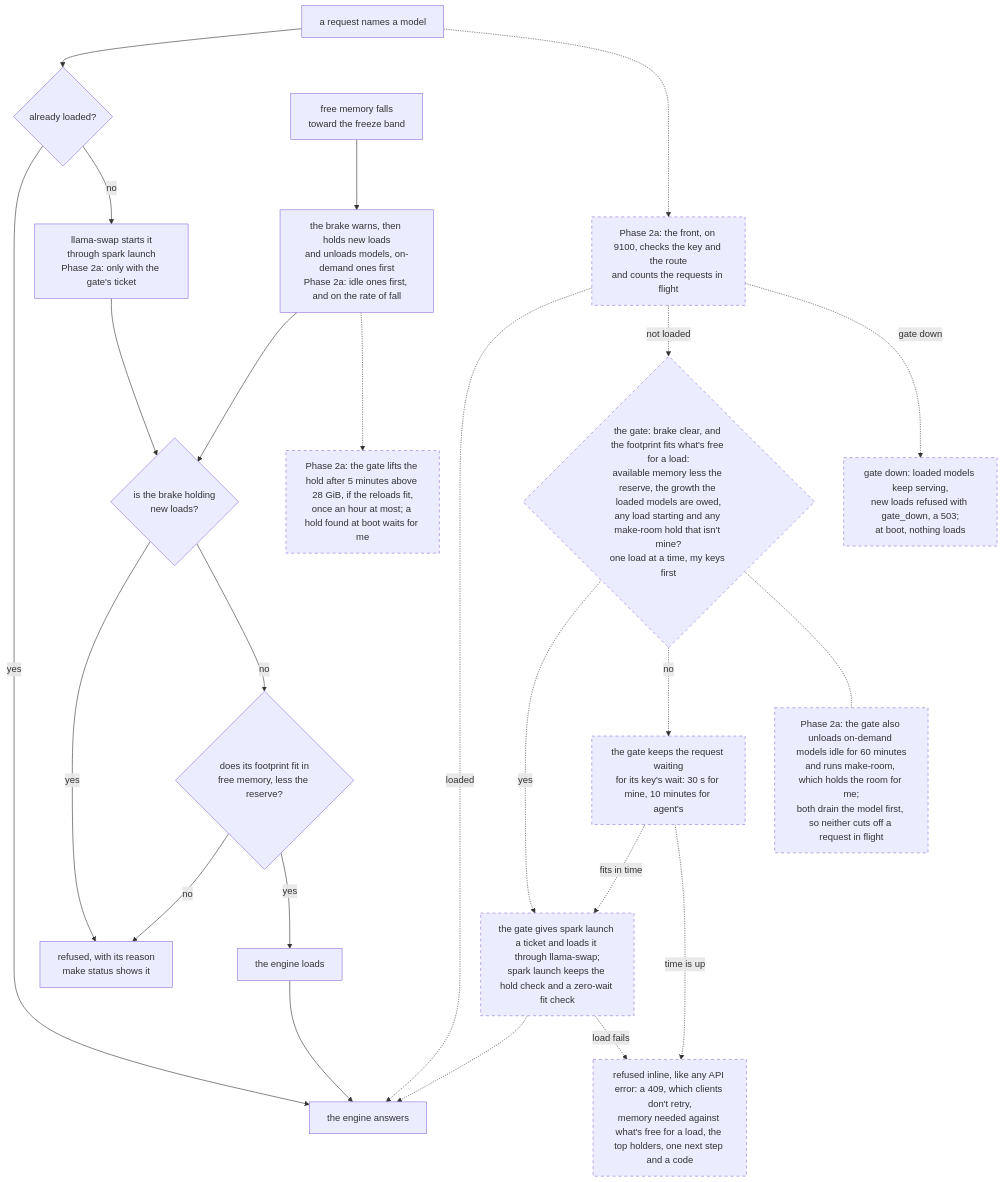
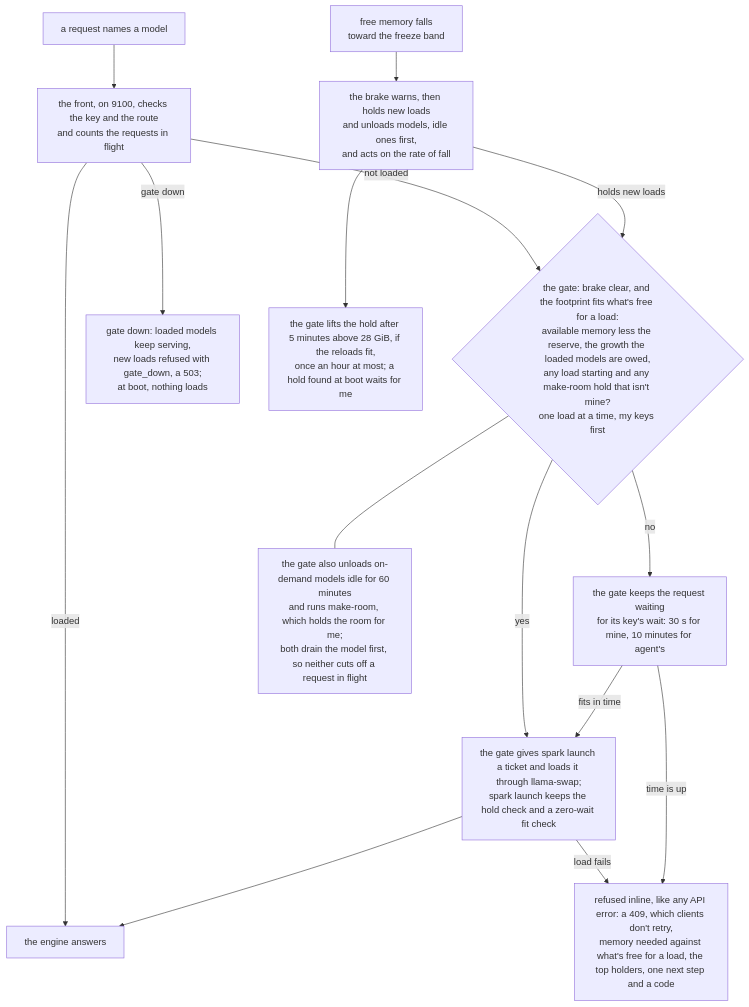
One commit to chendaniely/local-ai changed the third of 4 diagrams in website/architecture.qmd. Above: the diagram before and after it, drawn with Mermaid. The commit also changed other lines of this file and 18 other files, not shown here.

Commit message:
docs(machine): 🤖 the front, the gate and llama-swap on 900 are serving

````diff
--- a/website/architecture.qmd
+++ b/website/architecture.qmd
@@ -207,37 +210,19 @@
 ```{mermaid}
 flowchart TD
   classDef planned stroke-dasharray: 5 5
 
-  req["a request names a model"] --> loaded{"already loaded?"}
-  loaded -- yes --> answer["the engine answers"]
-  loaded -- no --> launch["llama-swap starts it<br/>through spark launch<br/>Phase 2a: only with the gate's ticket"]
-  launch --> held{"is the brake holding<br/>new loads?"}
-  held -- yes --> refuse["refused, with its reason<br/>make status shows it"]
-  held -- no --> fits{"does its footprint fit in<br/>free memory, less the reserve?"}
-  fits -- no --> refuse
-  fits -- yes --> load["the engine loads"] --> answer
-  low["free memory falls<br/>toward the freeze band"] --> brake["the brake warns, then holds new loads<br/>and unloads models, on-demand ones first<br/>Phase 2a: idle ones first, and on the rate of fall"]
-  brake --> held
-
-  front["Phase 2a: the front, on 9100, checks the key and the route<br/>and counts the requests in flight"]:::planned
-  gdown["gate down: loaded models keep serving,<br/>new loads refused with gate_down, a 503;<br/>at boot, nothing loads"]:::planned
-  ask{"the gate: brake clear, and the footprint fits what's free for a load:<br/>available memory less the reserve, the growth the loaded models are owed,<br/>any load starting and any make-room hold that isn't mine?<br/>one load at a time, my keys first"}:::planned
-  gload["the gate gives spark launch a ticket and loads it through llama-swap;<br/>spark launch keeps the hold check and a zero-wait fit check"]:::planned
-  hold["the gate keeps the request waiting<br/>for its key's wait: 30 s for mine, 10 minutes for agent's"]:::planned
-  inline["refused inline, like any API error: a 409, which clients don't retry,<br/>memory needed against what's free for a load, the top holders, one next step and a code"]:::planned
-  release["Phase 2a: the gate lifts the hold after 5 minutes above 28 GiB, if the reloads fit,<br/>once an hour at most; a hold found at boot waits for me"]:::planned
-  idle["Phase 2a: the gate also unloads on-demand models idle for 60 minutes<br/>and runs make-room, which holds the room for me;<br/>both drain the model first, so neither cuts off a request in flight"]:::planned
-
-  req -.-> front
-  front -. loaded .-> answer
-  front -. "not loaded" .-> ask
-  front -. "gate down" .-> gdown
-  ask -. yes .-> gload
-  gload -.-> answer
-  gload -. "load fails" .-> inline
-  ask -. no .-> hold
-  hold -. "fits in time" .-> gload
-  hold -. "time is up" .-> inline
-  brake -.-> release
-  ask -.- idle
+  req["a request names a model"] --> front["the front, on 9100, checks the key and the route<br/>and counts the requests in flight"]
+  front -- loaded --> answer["the engine answers"]
+  front -- "not loaded" --> ask{"the gate: brake clear, and the footprint fits what's free for a load:<br/>available memory less the reserve, the growth the loaded models are owed,<br/>any load starting and any make-room hold that isn't mine?<br/>one load at a time, my keys first"}
+  front -- "gate down" --> gdown["gate down: loaded models keep serving,<br/>new loads refused with gate_down, a 503;<br/>at boot, nothing loads"]
+  ask -- yes --> gload["the gate gives spark launch a ticket and loads it through llama-swap;<br/>spark launch keeps the hold check and a zero-wait fit check"]
+  gload --> answer
+  gload -- "load fails" --> inline["refused inline, like any API error: a 409, which clients don't retry,<br/>memory needed against what's free for a load, the top holders, one next step and a code"]
+  ask -- no --> hold["the gate keeps the request waiting<br/>for its key's wait: 30 s for mine, 10 minutes for agent's"]
+  hold -- "fits in time" --> gload
+  hold -- "time is up" --> inline
+  low["free memory falls<br/>toward the freeze band"] --> brake["the brake warns, then holds new loads<br/>and unloads models, idle ones first,<br/>and acts on the rate of fall"]
+  brake -- "holds new loads" --> ask
+  brake --> release["the gate lifts the hold after 5 minutes above 28 GiB, if the reloads fit,<br/>once an hour at most; a hold found at boot waits for me"]
+  ask --- idle["the gate also unloads on-demand models idle for 60 minutes<br/>and runs make-room, which holds the room for me;<br/>both drain the model first, so neither cuts off a request in flight"]
 ```
````
